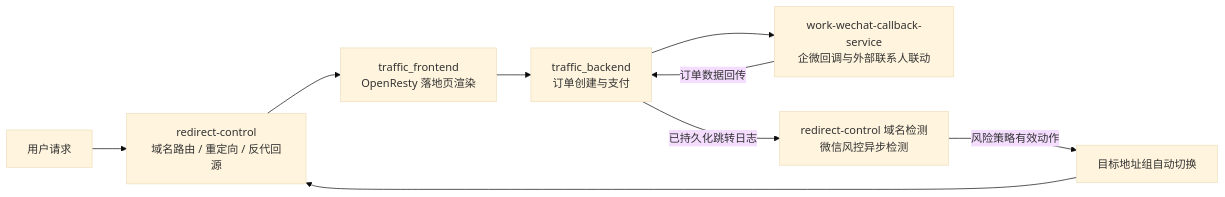
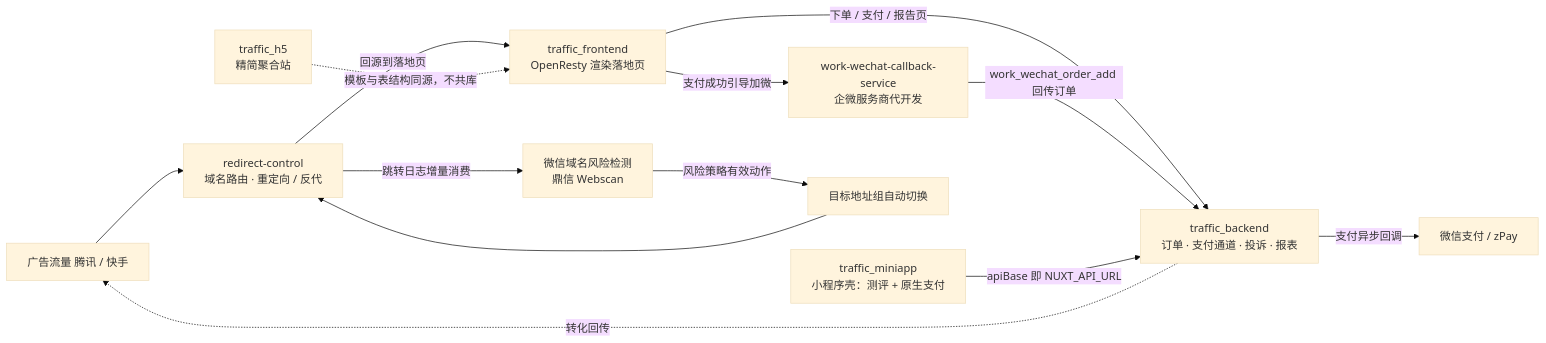
The first of 2 diagrams in profile/README.md (traffic-placement/.github), drawn with Mermaid (base theme) before and after one commit. The commit also changed other lines of this file, not shown here.

````diff
--- a/profile/README.md
+++ b/profile/README.md
@@ -24,11 +29,15 @@
 ```mermaid
 flowchart LR
-    A[用户请求] --> B[redirect-control<br/>域名路由 / 重定向 / 反代回源]
-    B --> C[traffic_frontend<br/>OpenResty 落地页渲染]
-    C --> D[traffic_backend<br/>订单创建与支付]
-    D --> E[work-wechat-callback-service<br/>企微回调与外部联系人联动]
-    E -- 订单数据回传 --> D
-    D -- 已持久化跳转日志 --> F[redirect-control 域名检测<br/>微信风控异步检测]
-    F -- 风险策略有效动作 --> G[目标地址组自动切换]
-    G --> B
+    AD["广告流量 腾讯 / 快手"] --> RC["redirect-control<br/>域名路由 · 重定向 / 反代"]
+    RC -->|"回源到落地页"| FE["traffic_frontend<br/>OpenResty 渲染落地页"]
+    FE -->|"下单 / 支付 / 报告页"| BE["traffic_backend<br/>订单 · 支付通道 · 投诉 · 报表"]
+    BE -->|"支付异步回调"| PAY["微信支付 / zPay"]
+    BE -.->|"转化回传"| AD
+    FE -->|"支付成功引导加微"| WW["work-wechat-callback-service<br/>企微服务商代开发"]
+    WW -->|"work_wechat_order_add 回传订单"| BE
+    MP["traffic_miniapp<br/>小程序壳：测评 + 原生支付"] -->|"apiBase 即 NUXT_API_URL"| BE
+    RC -->|"跳转日志增量消费"| RK["微信域名风险检测<br/>鼎信 Webscan"]
+    RK -->|"风险策略有效动作"| FG["目标地址组自动切换"]
+    FG --> RC
+    H5["traffic_h5<br/>精简聚合站"] -.->|"模板与表结构同源，不共库"| FE
 ```
````
